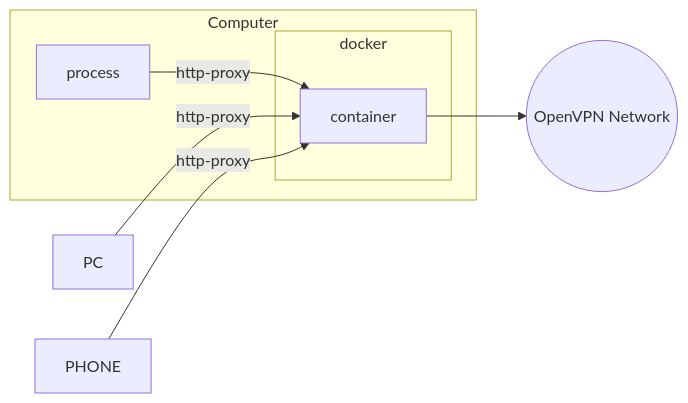
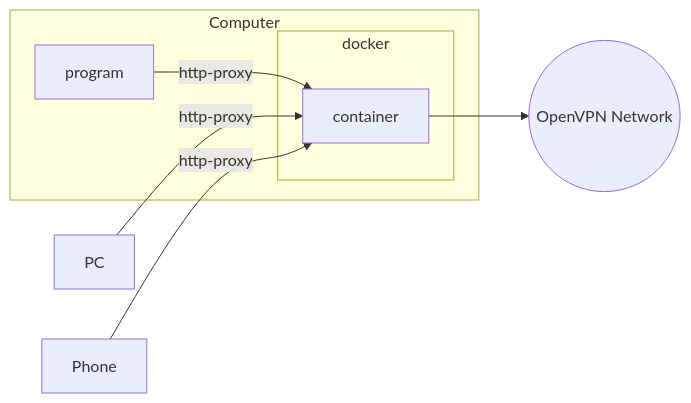
Before and after one commit to hurui/docker-openvpn-proxy: the diagram in README.md, drawn with Mermaid.

````diff
--- a/README.md
+++ b/README.md
@@ -7,12 +7,12 @@
 ```mermaid
   graph LR;
   		subgraph R[Computer]
-  		p[process] --http-proxy--> container
+  		p[program] --http-proxy--> container
   		subgraph docker
   		container
   		end
       end
       PC --http-proxy--> container
-      PHONE --http-proxy--> container
+      Phone --http-proxy--> container
       container --> OpenVPN((OpenVPN Network))
 ```
````
